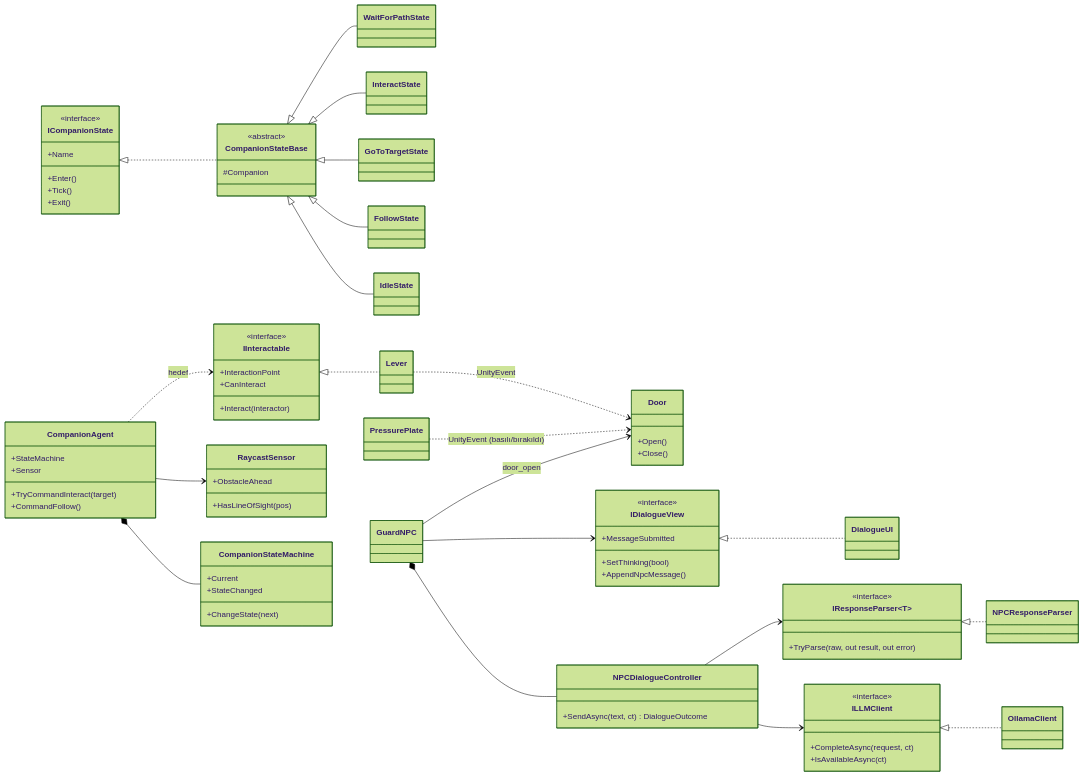
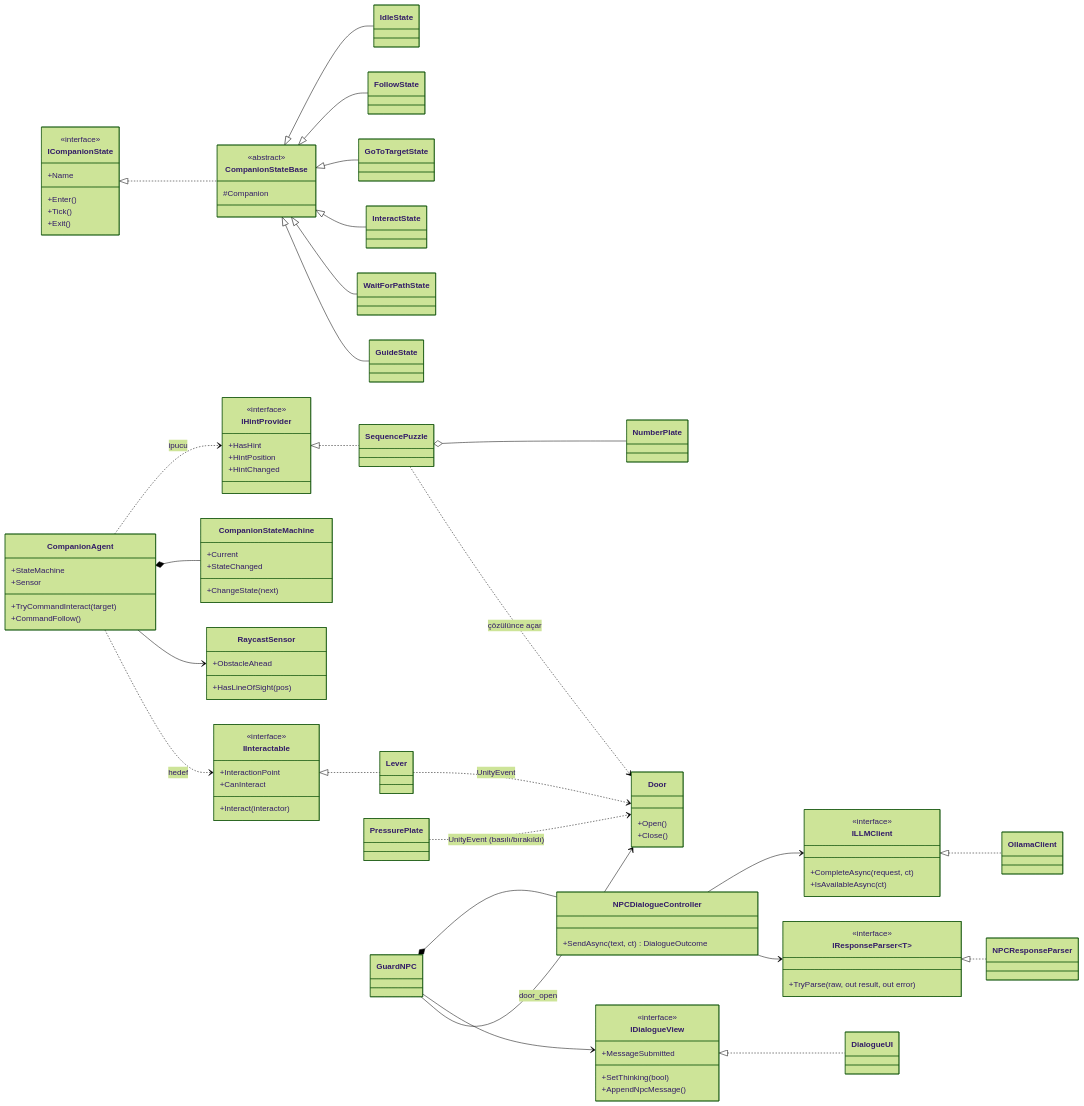
Before and after one commit to erenceylan-cmd/yaz_lab: the sixth of 6 diagrams in README.md, drawn with Mermaid (forest theme). The commit also changed other lines of this file and 41 other files, not shown here.

```diff
--- a/README.md
+++ b/README.md
@@ -506,6 +516,19 @@
     CompanionStateBase <|-- GoToTargetState
     CompanionStateBase <|-- InteractState
     CompanionStateBase <|-- WaitForPathState
+    CompanionStateBase <|-- GuideState
+    class IHintProvider {
+        <<interface>>
+        +HasHint
+        +HintPosition
+        +HintChanged
+    }
+    class SequencePuzzle
+    class NumberPlate
+    IHintProvider <|.. SequencePuzzle
+    SequencePuzzle o-- NumberPlate
+    SequencePuzzle ..> Door : çözülünce açar
+    CompanionAgent ..> IHintProvider : ipucu
     CompanionAgent *-- CompanionStateMachine
     CompanionAgent --> RaycastSensor
     CompanionAgent ..> IInteractable : hedef
```
